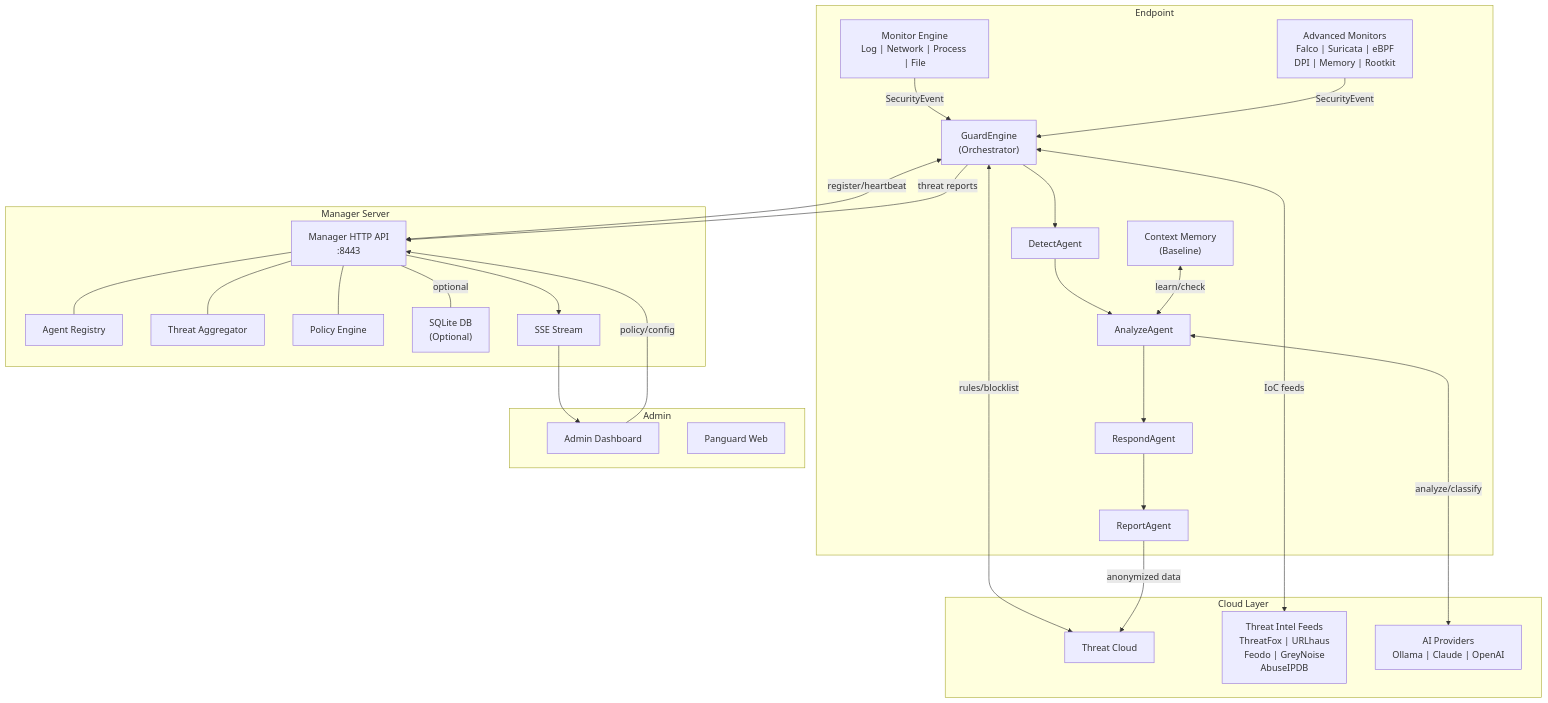
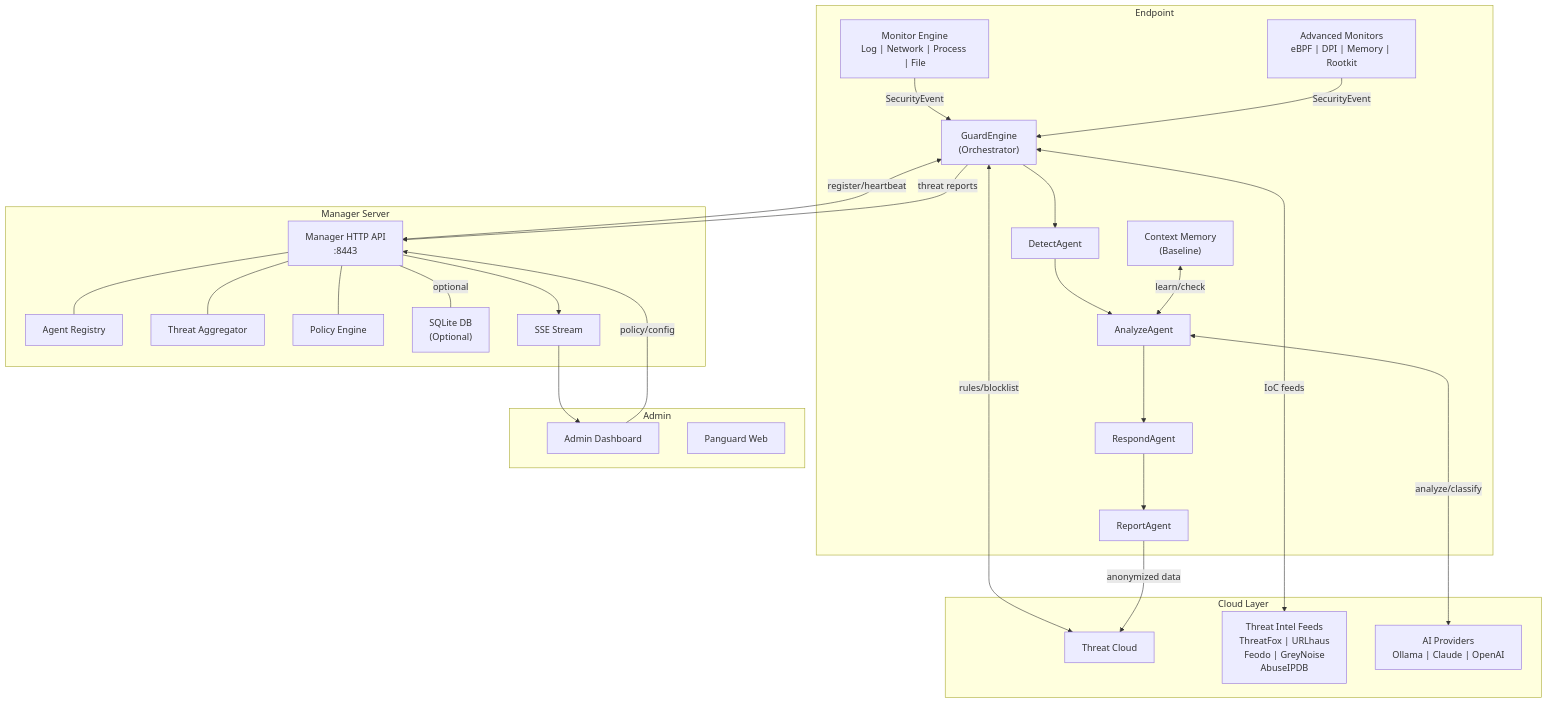
Before and after one commit to panguard-ai/panguard-ai: the first of 9 diagrams in docs/ARCHITECTURE.md, drawn with Mermaid. The commit also changed other lines of this file and 762 other files, not shown here.

First line of the commit message:
refactor: remove traditional security rules (Sigma/YARA/Falco/Suricata)

````diff
--- a/docs/ARCHITECTURE.md
+++ b/docs/ARCHITECTURE.md
@@ -25,50 +25,50 @@
 ```mermaid
 graph TB
     subgraph Endpoint["Endpoint"]
         MON["Monitor Engine<br/>Log | Network | Process | File"]
-        ADV["Advanced Monitors<br/>Falco | Suricata | eBPF<br/>DPI | Memory | Rootkit"]
+        ADV["Advanced Monitors<br/>eBPF | DPI | Memory | Rootkit"]
         GE["GuardEngine<br/>(Orchestrator)"]
         DA["DetectAgent"]
         AA["AnalyzeAgent"]
         RA["RespondAgent"]
         REP["ReportAgent"]
         BL["Context Memory<br/>(Baseline)"]
     end
 
     subgraph Manager["Manager Server"]
         MS["Manager HTTP API<br/>:8443"]
         AR["Agent Registry"]
         TA["Threat Aggregator"]
         PE["Policy Engine"]
         DB["SQLite DB<br/>(Optional)"]
         SSE["SSE Stream"]
     end
 
     subgraph Cloud["Cloud Layer"]
         TC["Threat Cloud"]
         TI["Threat Intel Feeds<br/>ThreatFox | URLhaus<br/>Feodo | GreyNoise<br/>AbuseIPDB"]
         LLM["AI Providers<br/>Ollama | Claude | OpenAI"]
     end
 
     subgraph Dashboard["Admin"]
         ADMIN["Admin Dashboard"]
         WEB["Panguard Web"]
     end
 
     MON -->|SecurityEvent| GE
     ADV -->|SecurityEvent| GE
     GE --> DA --> AA --> RA --> REP
     BL <-->|learn/check| AA
     GE <-->|register/heartbeat| MS
     GE -->|threat reports| MS
     MS --- AR
     MS --- TA
     MS --- PE
     MS ---|optional| DB
     MS --> SSE --> ADMIN
     GE <-->|rules/blocklist| TC
     GE <-->|IoC feeds| TI
     AA <-->|analyze/classify| LLM
     REP -->|anonymized data| TC
     ADMIN -->|policy/config| MS
 ```
````
